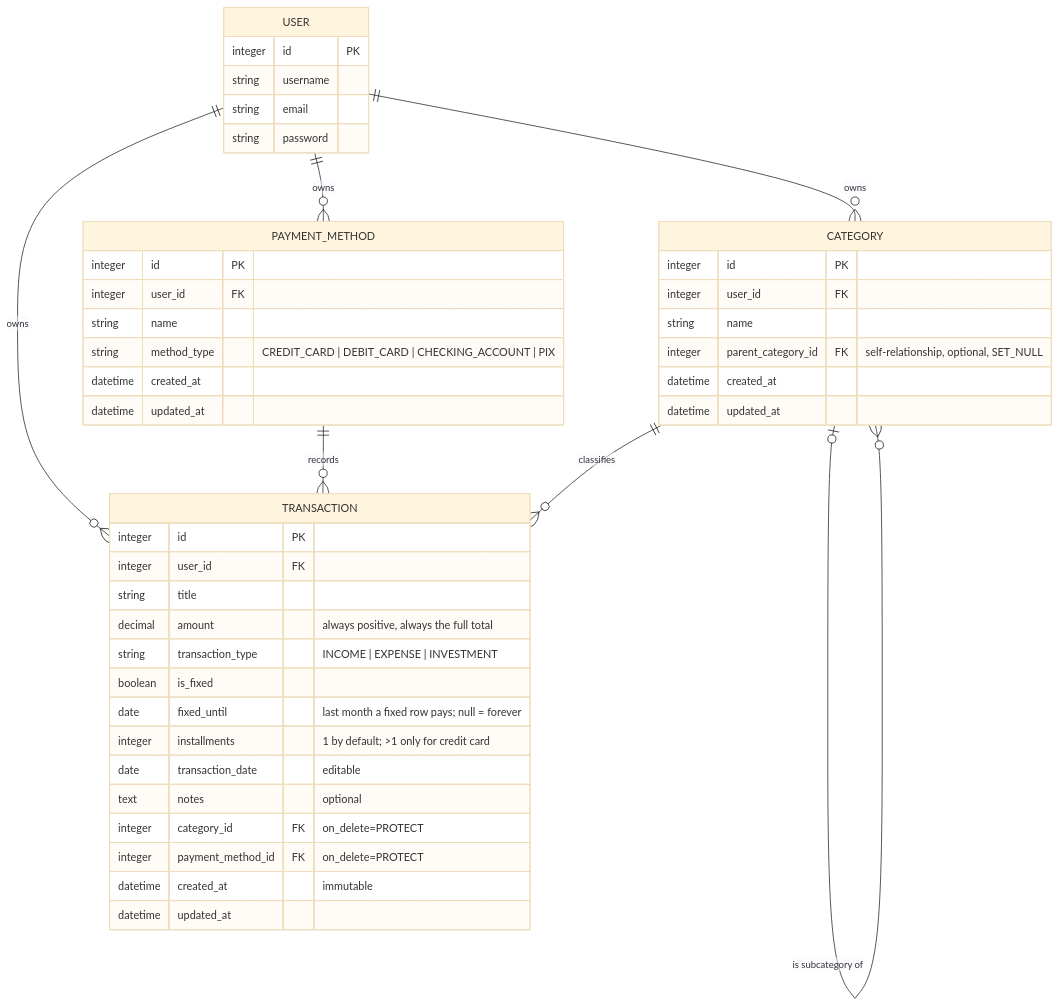
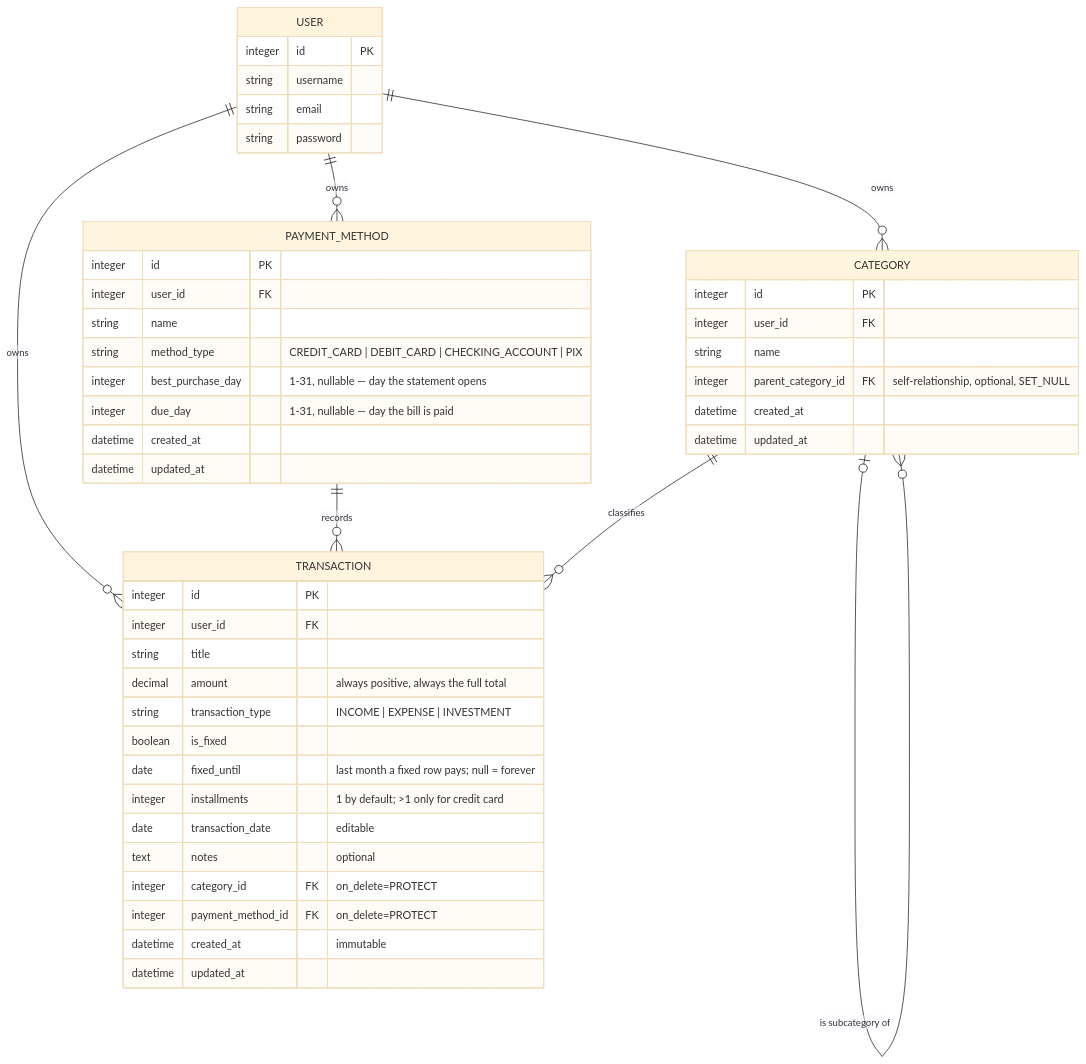
The diagram in docs/data-model.md (HenriqueMayer/TuxedoFinance), drawn with Mermaid (base theme) before and after one commit. The commit also changed other lines of this file and 14 other files, not shown here.

````diff
--- a/docs/data-model.md
+++ b/docs/data-model.md
@@ -7,51 +7,53 @@
 ```mermaid
 erDiagram
     USER ||--o{ TRANSACTION : "owns"
     USER ||--o{ CATEGORY : "owns"
     USER ||--o{ PAYMENT_METHOD : "owns"
     PAYMENT_METHOD ||--o{ TRANSACTION : "records"
     CATEGORY ||--o{ TRANSACTION : "classifies"
     CATEGORY |o--o{ CATEGORY : "is subcategory of"
 
     USER {
         integer id PK
         string username
         string email
         string password
     }
 
     TRANSACTION {
         integer id PK
         integer user_id FK
         string title
         decimal amount "always positive, always the full total"
         string transaction_type "INCOME | EXPENSE | INVESTMENT"
         boolean is_fixed
         date fixed_until "last month a fixed row pays; null = forever"
         integer installments "1 by default; >1 only for credit card"
         date transaction_date "editable"
         text notes "optional"
         integer category_id FK "on_delete=PROTECT"
         integer payment_method_id FK "on_delete=PROTECT"
         datetime created_at "immutable"
         datetime updated_at
     }
 
     PAYMENT_METHOD {
         integer id PK
         integer user_id FK
         string name
         string method_type "CREDIT_CARD | DEBIT_CARD | CHECKING_ACCOUNT | PIX"
+        integer best_purchase_day "1-31, nullable — day the statement opens"
+        integer due_day "1-31, nullable — day the bill is paid"
         datetime created_at
         datetime updated_at
     }
 
     CATEGORY {
         integer id PK
         integer user_id FK
         string name
         integer parent_category_id FK "self-relationship, optional, SET_NULL"
         datetime created_at
         datetime updated_at
     }
 ```
````
